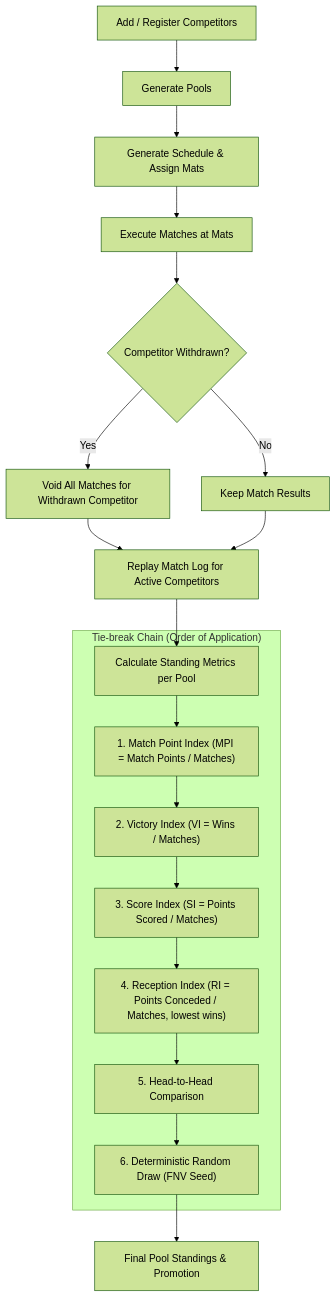
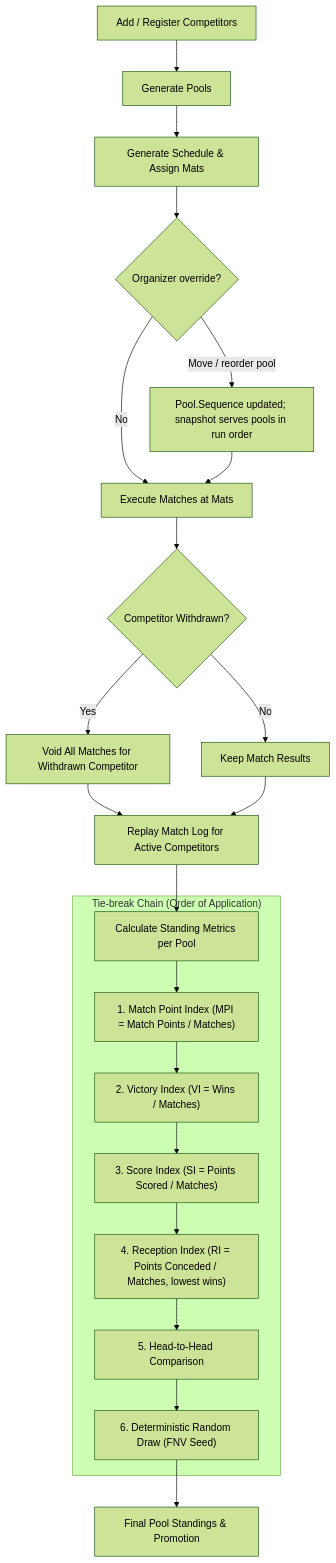
One commit to fylke/porta-di-ferro changed the fourth of 5 diagrams in docs/architecture.md. Above: the diagram before and after it, drawn with Mermaid (forest theme). The commit also changed 15 other files, not shown here.

First line of the commit message:
Let the organizer override the mat assignment

````diff
--- a/docs/architecture.md
+++ b/docs/architecture.md
@@ -126,25 +126,28 @@
 ```mermaid
 flowchart TD
     A[Add / Register Competitors] --> B[Generate Pools]
     B --> C[Generate Schedule & Assign Mats]
-    C --> D[Execute Matches at Mats]
+    C --> C2{Organizer override?}
+    C2 -- Move / reorder pool --> C3[Pool.Sequence updated; snapshot serves pools in run order]
+    C2 -- No --> D
+    C3 --> D[Execute Matches at Mats]
     D --> E{Competitor Withdrawn?}
 
     E -- Yes --> F[Void All Matches for Withdrawn Competitor]
     E -- No --> G[Keep Match Results]
     F --> H[Replay Match Log for Active Competitors]
     G --> H
 
     H --> I[Calculate Standing Metrics per Pool]
 
     subgraph RankingChain["Tie-break Chain (Order of Application)"]
         I --> J1["1. Match Point Index (MPI = Match Points / Matches)"]
         J1 --> J2["2. Victory Index (VI = Wins / Matches)"]
         J2 --> J3["3. Score Index (SI = Points Scored / Matches)"]
         J3 --> J4["4. Reception Index (RI = Points Conceded / Matches, lowest wins)"]
         J4 --> J5["5. Head-to-Head Comparison"]
         J5 --> J6["6. Deterministic Random Draw (FNV Seed)"]
     end
 
     J6 --> K[Final Pool Standings & Promotion]
 ```
````
